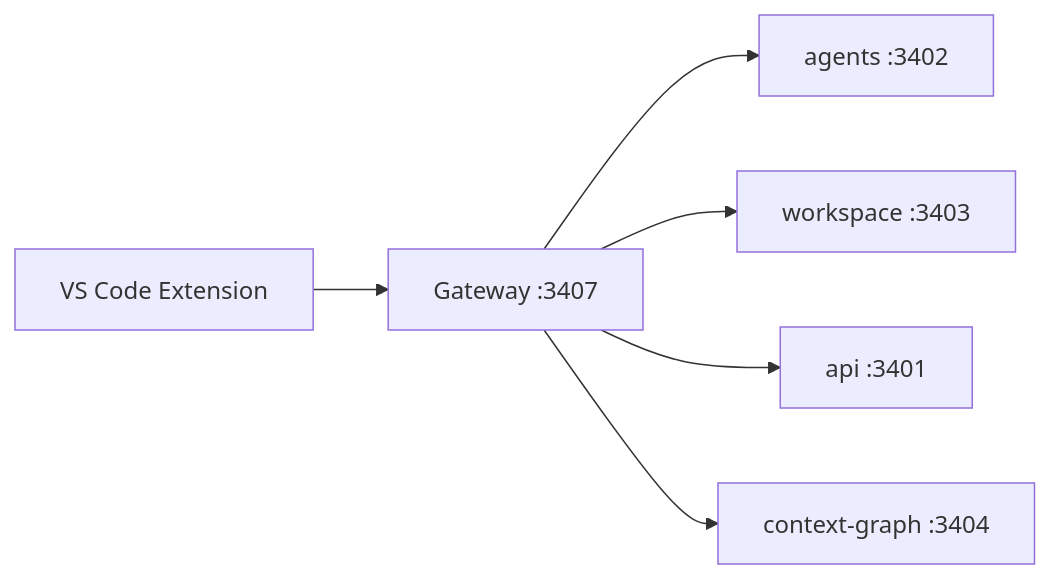
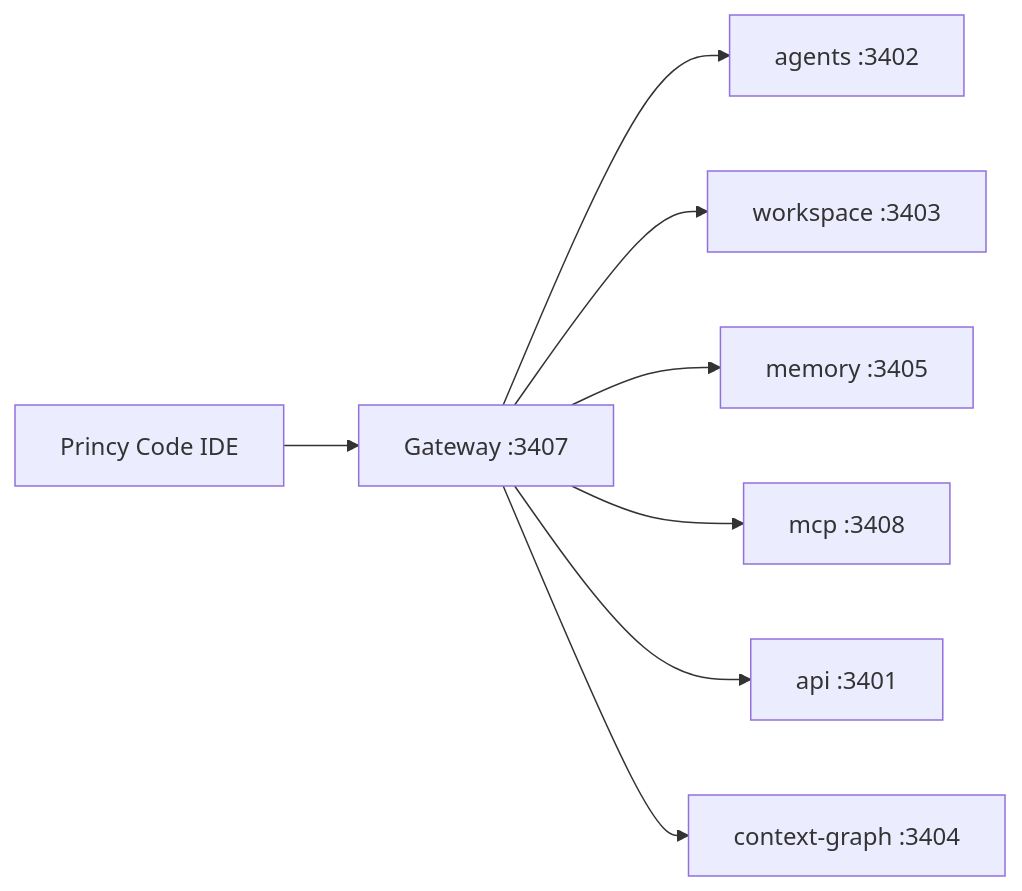
The diagram in docs/PRINCY-CODE.md (dimibad-buscaapp/Princy-AI-Editor), drawn with Mermaid before and after one commit. The commit also changed other lines of this file and 172 other files, not shown here.

Commit message:
feat: implement princy code code-oss desktop

````diff
--- a/docs/PRINCY-CODE.md
+++ b/docs/PRINCY-CODE.md
@@ -31,8 +76,10 @@
 ```mermaid
 flowchart LR
-  Ext[VS Code Extension] --> GW[Gateway :3407]
+  IDE[Princy Code IDE] --> GW[Gateway :3407]
   GW --> Agents[agents :3402]
   GW --> WS[workspace :3403]
+  GW --> MEM[memory :3405]
+  GW --> MCP[mcp :3408]
   GW --> API[api :3401]
   GW --> Ctx[context-graph :3404]
 ```
````
